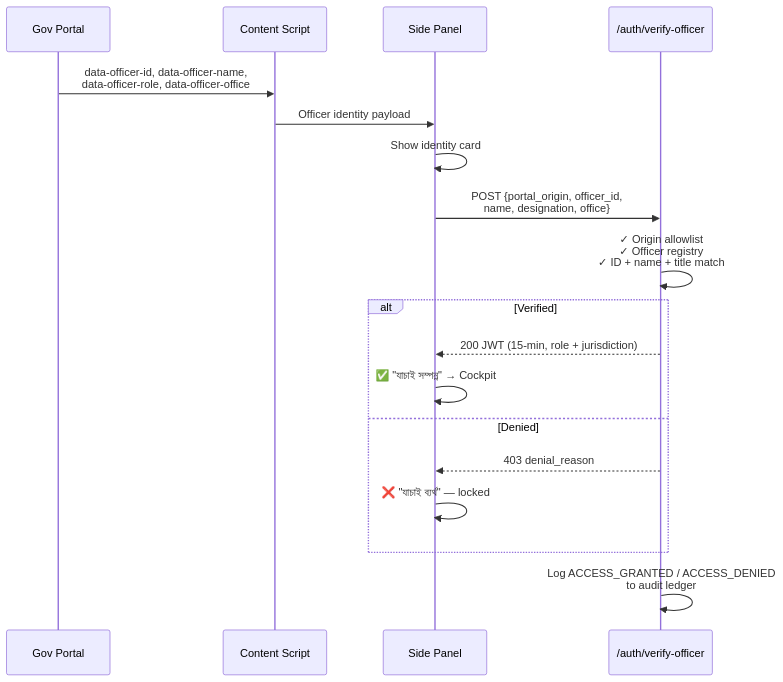
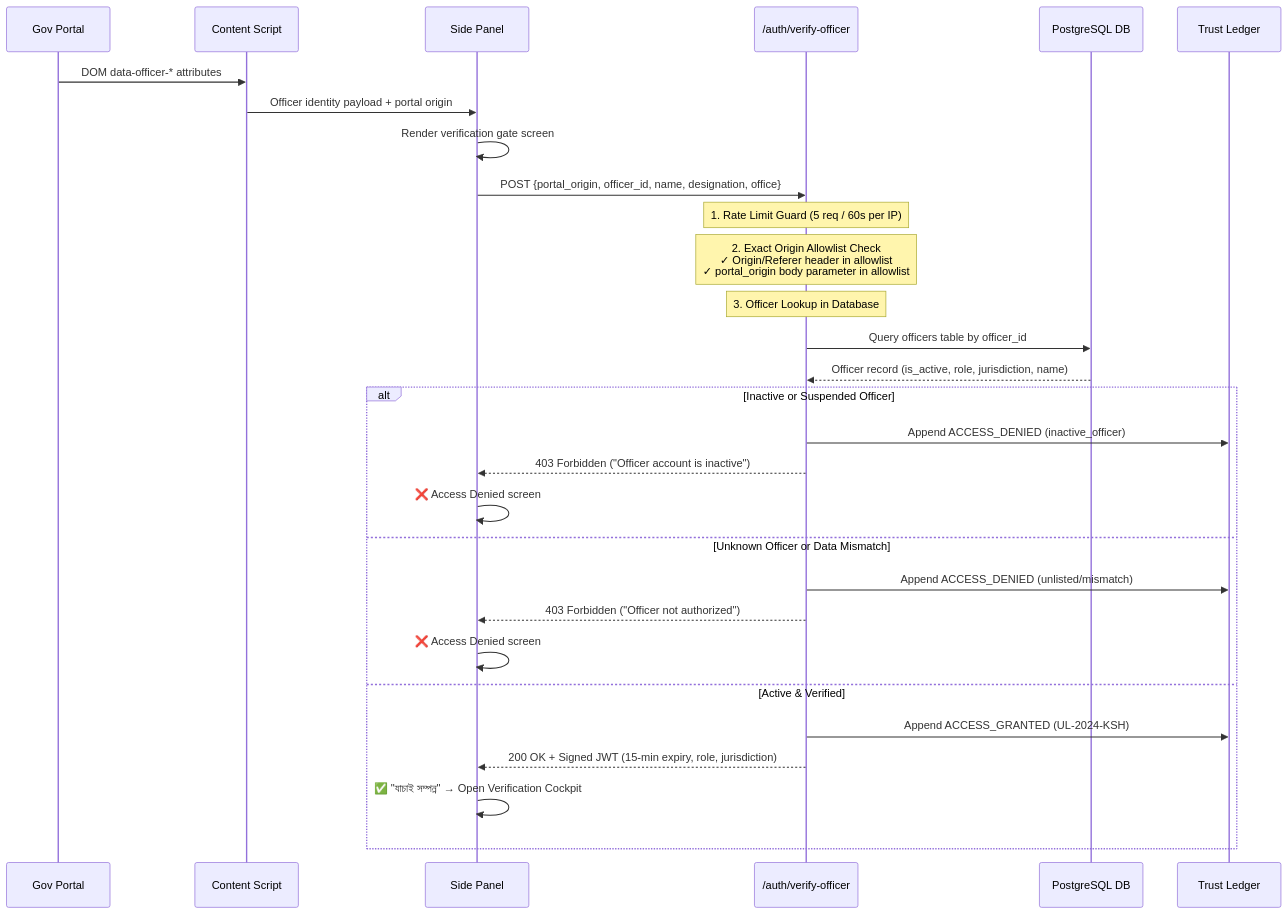
One commit to Erebo/naksha changed the second of 9 diagrams in README.md. Above: the diagram before and after it, drawn with Mermaid. The commit also changed other lines of this file, not shown here.

First line of the commit message:
docs: update architecture diagrams, PostGIS ERD, quickstart, and 136-test suite

````diff
--- a/README.md
+++ b/README.md
@@ -178,21 +188,32 @@
 ```mermaid
 sequenceDiagram
     participant P as Gov Portal
     participant CS as Content Script
     participant SP as Side Panel
     participant API as /auth/verify-officer
+    participant DB as PostgreSQL DB
+    participant LEDGER as Trust Ledger
 
-    P->>CS: data-officer-id, data-officer-name,<br/>data-officer-role, data-officer-office
-    CS->>SP: Officer identity payload
-    SP->>SP: Show identity card
-    SP->>API: POST {portal_origin, officer_id,<br/>name, designation, office}
-    API->>API: ✓ Origin allowlist<br/>✓ Officer registry<br/>✓ ID + name + title match
-    alt Verified
-        API-->>SP: 200 JWT (15-min, role + jurisdiction)
-        SP->>SP: ✅ "যাচাই সম্পন্ন" → Cockpit
-    else Denied
-        API-->>SP: 403 denial_reason
-        SP->>SP: ❌ "যাচাই ব্যর্থ" — locked
+    P->>CS: DOM data-officer-* attributes
+    CS->>SP: Officer identity payload + portal origin
+    SP->>SP: Render verification gate screen
+    SP->>API: POST {portal_origin, officer_id, name, designation, office}
+    Note over API: 1. Rate Limit Guard (5 req / 60s per IP)
+    Note over API: 2. Exact Origin Allowlist Check<br/>✓ Origin/Referer header in allowlist<br/>✓ portal_origin body parameter in allowlist
+    Note over API: 3. Officer Lookup in Database
+    API->>DB: Query officers table by officer_id
+    DB-->>API: Officer record (is_active, role, jurisdiction, name)
+    alt Inactive or Suspended Officer
+        API->>LEDGER: Append ACCESS_DENIED (inactive_officer)
+        API-->>SP: 403 Forbidden ("Officer account is inactive")
+        SP->>SP: ❌ Access Denied screen
+    else Unknown Officer or Data Mismatch
+        API->>LEDGER: Append ACCESS_DENIED (unlisted/mismatch)
+        API-->>SP: 403 Forbidden ("Officer not authorized")
+        SP->>SP: ❌ Access Denied screen
+    else Active & Verified
+        API->>LEDGER: Append ACCESS_GRANTED (UL-2024-KSH)
+        API-->>SP: 200 OK + Signed JWT (15-min expiry, role, jurisdiction)
+        SP->>SP: ✅ "যাচাই সম্পন্ন" → Open Verification Cockpit
     end
-    API->>API: Log ACCESS_GRANTED / ACCESS_DENIED<br/>to audit ledger
 ```
````
